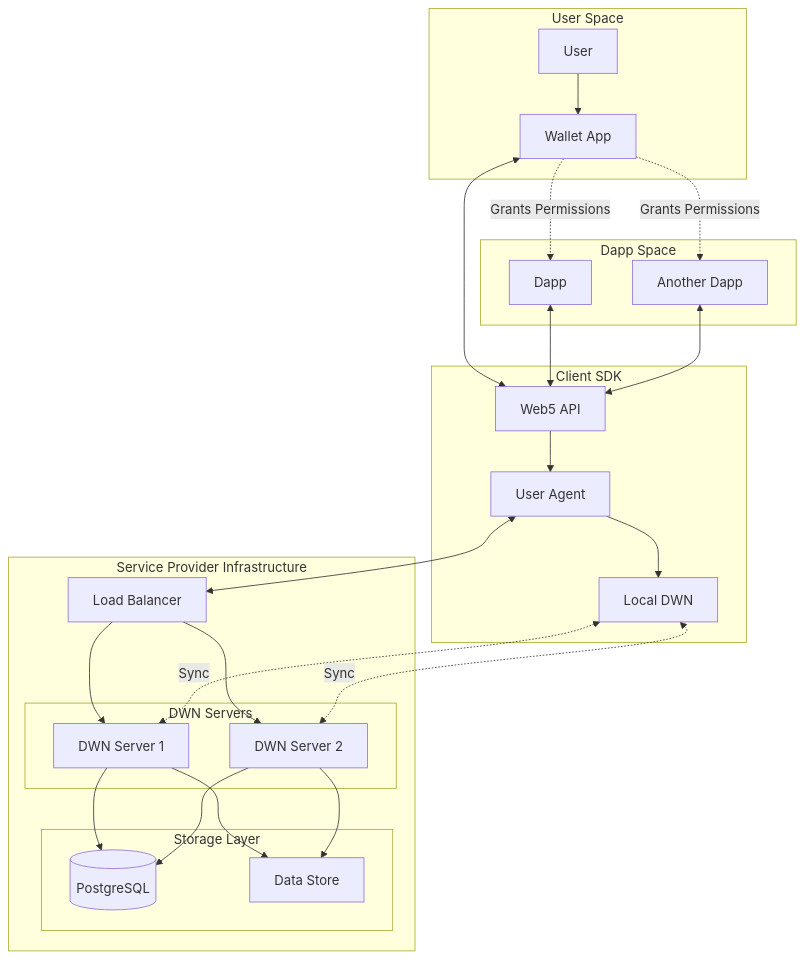
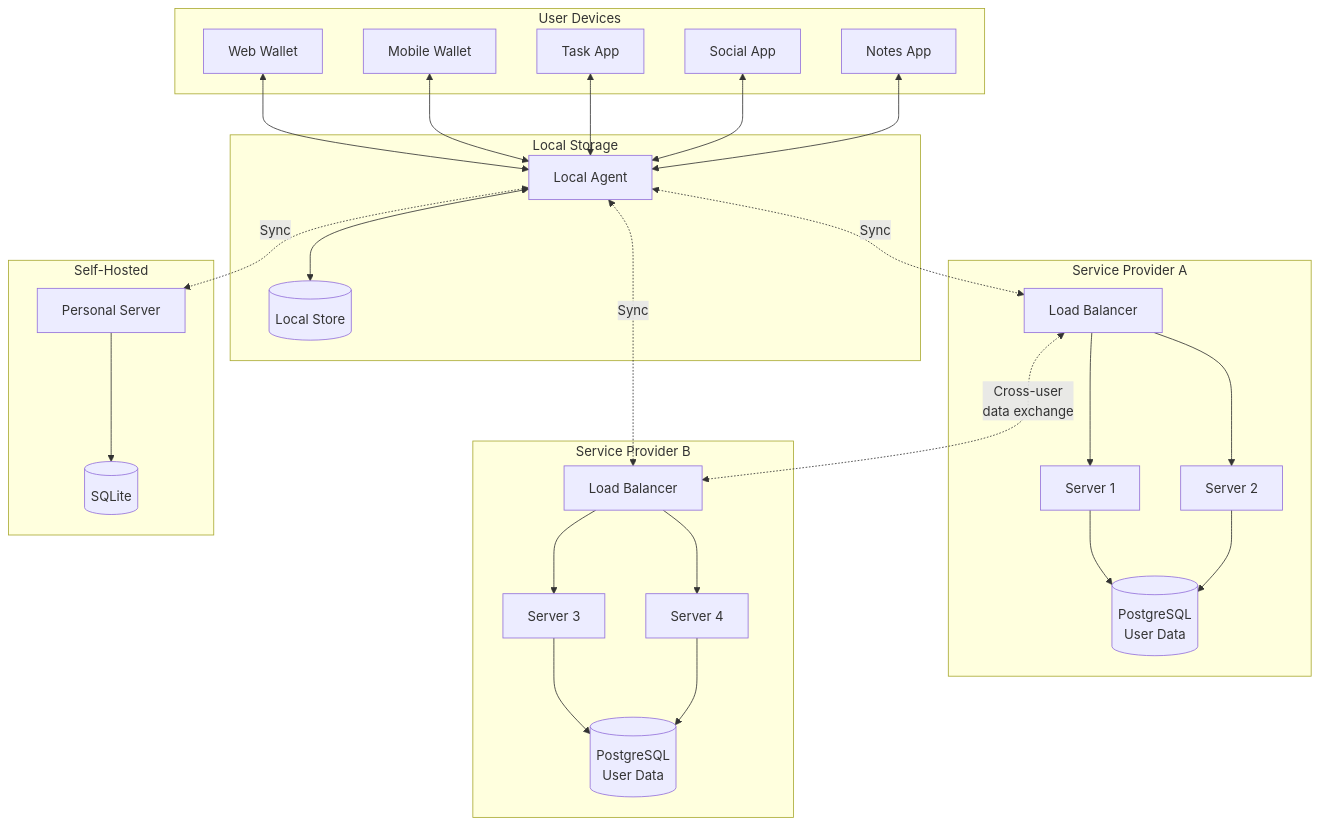
The fifth of 5 diagrams in ARCHITECTURE.md (enboxorg/enbox), drawn with Mermaid before and after one commit. The commit also changed other lines of this file, not shown here.

Commit message:
Refactor architecture doc to focus on personal data store design

````diff
--- a/ARCHITECTURE.md
+++ b/ARCHITECTURE.md
@@ -136,55 +253,58 @@
 ```mermaid
 graph TB
-    subgraph "User Space"
-        U[User]
-        W[Wallet App]
-        U --> W
+    subgraph "User Devices"
+        W1[Web Wallet]
+        W2[Mobile Wallet]
+        D1[Task App]
+        D2[Social App]
+        D3[Notes App]
     end
     
-    subgraph "Dapp Space"
-        D[Dapp]
-        D2[Another Dapp]
+    subgraph "Local Storage"
+        LA[Local Agent]
+        LS[(Local Store)]
+        LA <--> LS
     end
     
-    subgraph "Client SDK"
-        API[Web5 API]
-        AGENT[User Agent]
-        LOCAL[Local DWN]
+    subgraph "Service Provider A"
+        LB1[Load Balancer]
+        S1[Server 1]
+        S2[Server 2]
+        DB1[(PostgreSQL<br/>User Data)]
         
-        API --> AGENT
-        AGENT --> LOCAL
+        LB1 --> S1
+        LB1 --> S2
+        S1 --> DB1
+        S2 --> DB1
     end
     
-    subgraph "Service Provider Infrastructure"
-        LB[Load Balancer]
+    subgraph "Service Provider B"
+        LB2[Load Balancer]
+        S3[Server 3]
+        S4[Server 4]
+        DB2[(PostgreSQL<br/>User Data)]
         
-        subgraph "DWN Servers"
-            DWN1[DWN Server 1]
-            DWN2[DWN Server 2]
-        end
-        
-        subgraph "Storage Layer"
-            PG[(PostgreSQL)]
-            DS[Data Store]
-        end
-        
-        LB --> DWN1
-        LB --> DWN2
-        DWN1 --> PG
-        DWN2 --> PG
-        DWN1 --> DS
-        DWN2 --> DS
+        LB2 --> S3
+        LB2 --> S4
+        S3 --> DB2
+        S4 --> DB2
     end
     
-    W <--> API
-    D <--> API
-    D2 <--> API
+    subgraph "Self-Hosted"
+        S5[Personal Server]
+        DB3[(SQLite)]
+        S5 --> DB3
+    end
     
-    AGENT <--> LB
+    W1 <--> LA
+    W2 <--> LA
+    D1 <--> LA
+    D2 <--> LA
+    D3 <--> LA
     
-    W -.->|Grants Permissions| D
-    W -.->|Grants Permissions| D2
+    LA <-.->|Sync| LB1
+    LA <-.->|Sync| LB2
+    LA <-.->|Sync| S5
     
-    LOCAL <-.->|Sync| DWN1
-    LOCAL <-.->|Sync| DWN2
+    LB1 <-.->|Cross-user<br/>data exchange| LB2
 ```
````
